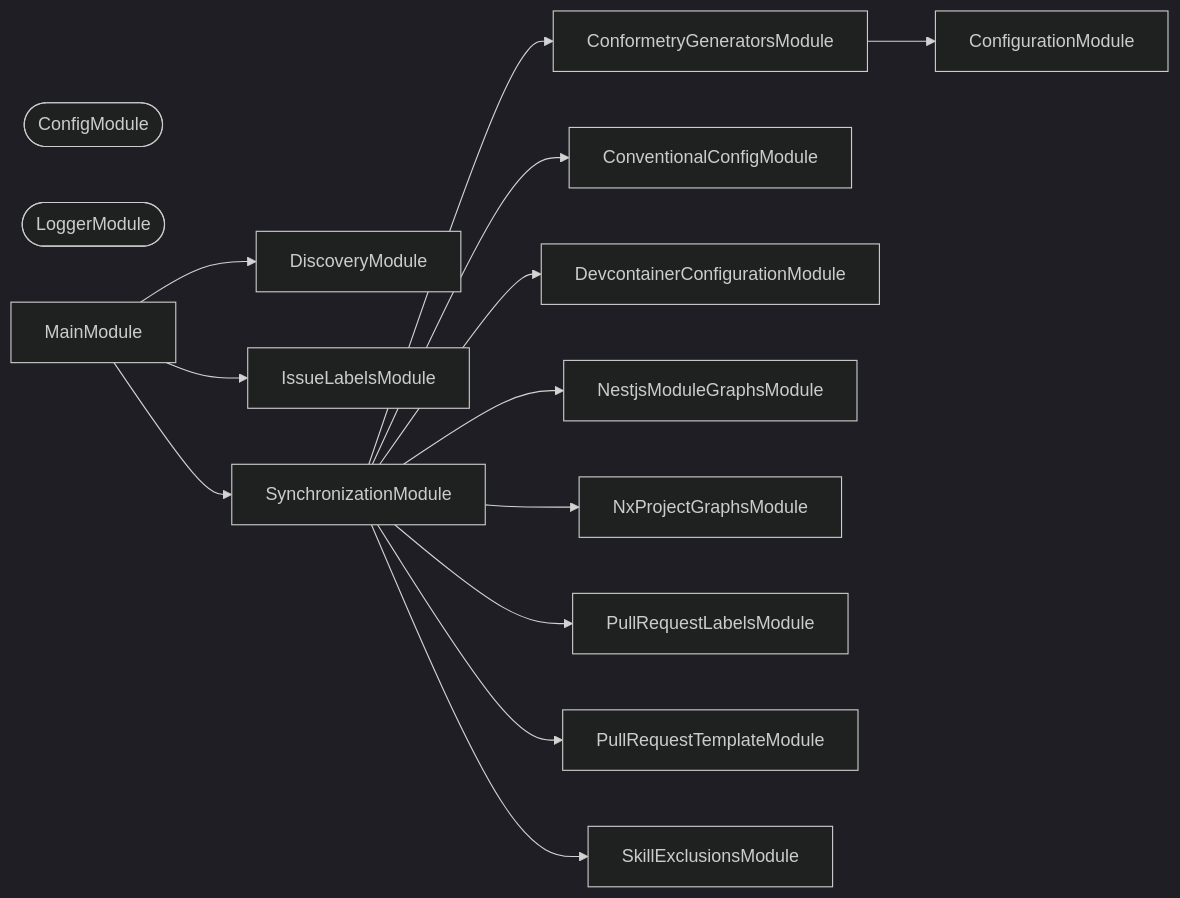
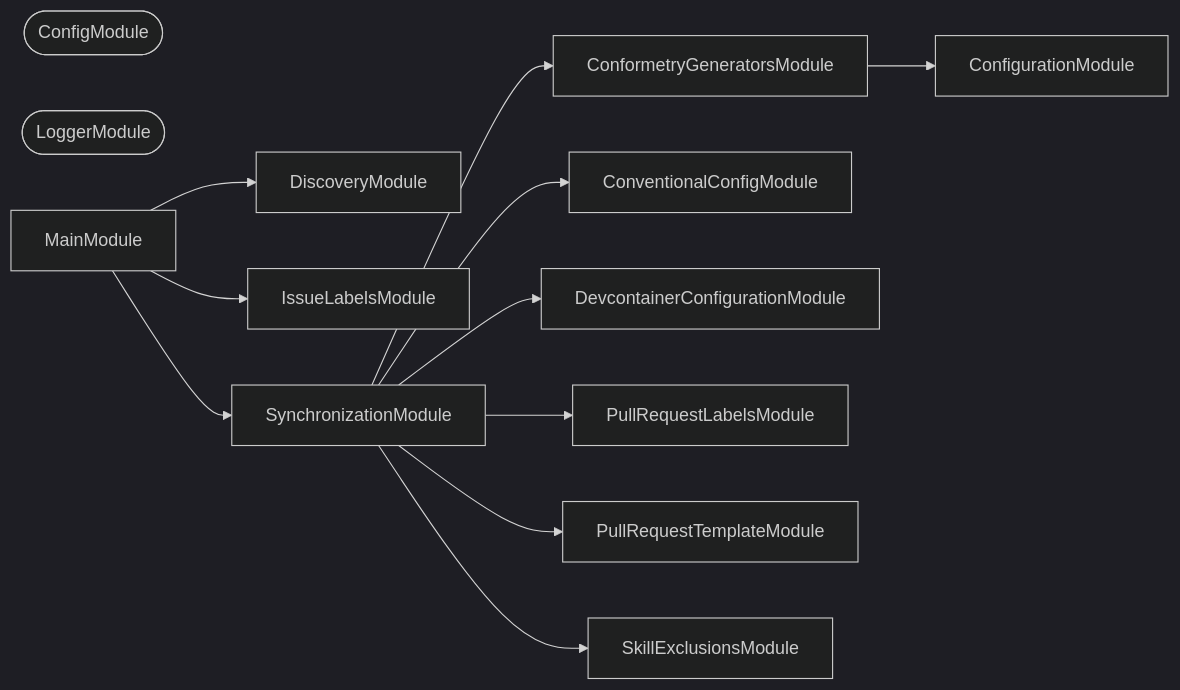
One commit to JimmyPaolini/codebase changed the second of 3 diagrams in tools/synchronization/README.md. Above: the diagram before and after it, drawn with Mermaid (dark theme). The commit also changed other lines of this file and 45 other files, not shown here.

Commit message:
refactor(synchronization): ♻️ delete the graph commands codependix replaces

````diff
--- a/tools/synchronization/README.md
+++ b/tools/synchronization/README.md
@@ -731,30 +512,26 @@
 ```mermaid
 flowchart LR
   ConfigModule([ConfigModule])
   ConfigurationModule
   ConformetryGeneratorsModule
   ConventionalConfigModule
   DevcontainerConfigurationModule
   DiscoveryModule
   IssueLabelsModule
   LoggerModule([LoggerModule])
   MainModule
-  NestjsModuleGraphsModule
-  NxProjectGraphsModule
   PullRequestLabelsModule
   PullRequestTemplateModule
   SkillExclusionsModule
   SynchronizationModule
   ConformetryGeneratorsModule --> ConfigurationModule
   MainModule --> DiscoveryModule
   MainModule --> IssueLabelsModule
   MainModule --> SynchronizationModule
   SynchronizationModule --> ConformetryGeneratorsModule
   SynchronizationModule --> ConventionalConfigModule
   SynchronizationModule --> DevcontainerConfigurationModule
-  SynchronizationModule --> NestjsModuleGraphsModule
-  SynchronizationModule --> NxProjectGraphsModule
   SynchronizationModule --> PullRequestLabelsModule
   SynchronizationModule --> PullRequestTemplateModule
   SynchronizationModule --> SkillExclusionsModule
 ```
````
